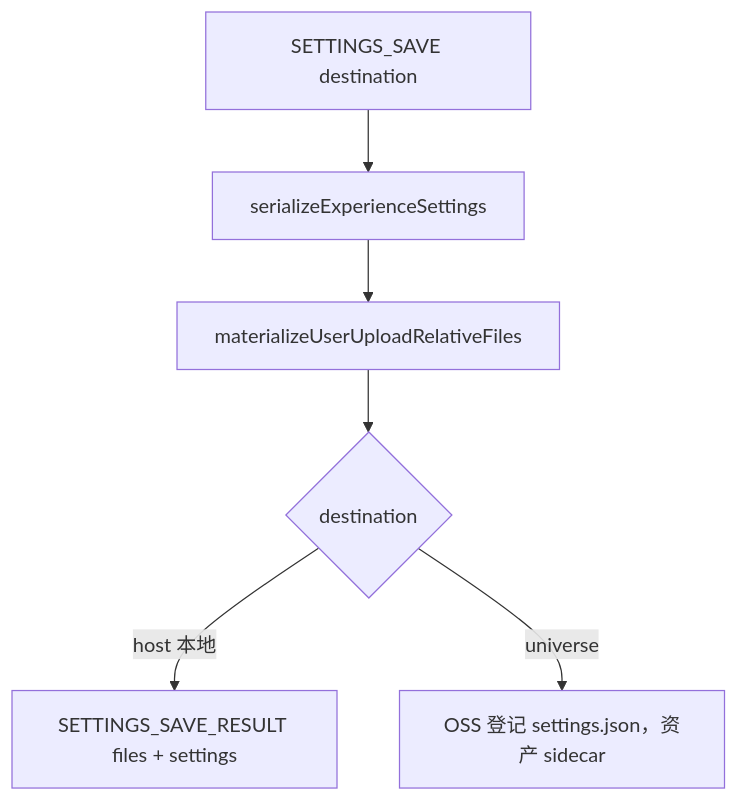
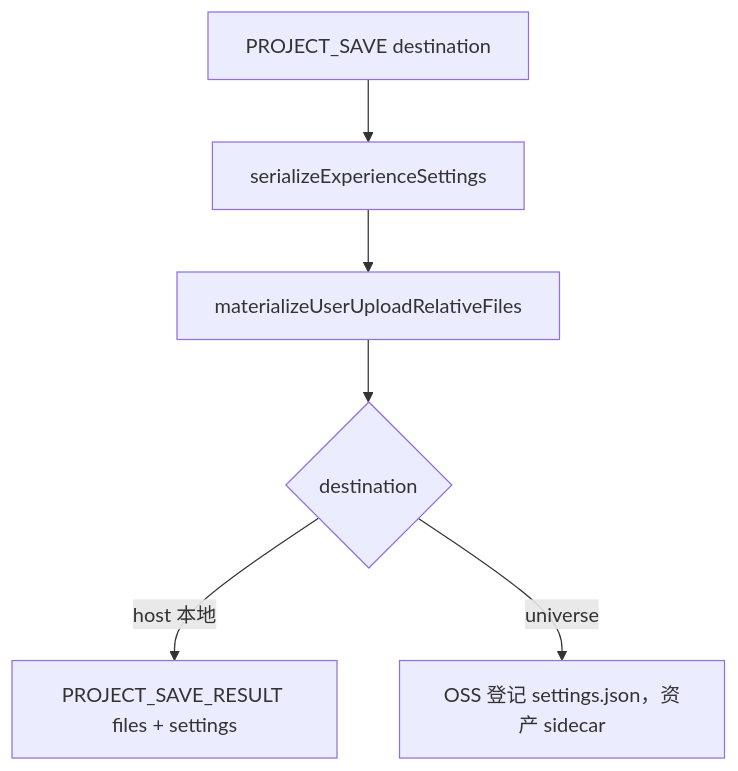
One commit to nancywan1004/supersplat-viewer changed the diagram in docs/项目保存管线说明.md. Above: the diagram before and after it, drawn with Mermaid. The commit also changed other lines of this file and 7 other files, not shown here.

First line of the commit message:
feat: 保存协议从 SETTINGS_* 改为 PROJECT_SAVE*

````diff
--- a/docs/项目保存管线说明.md
+++ b/docs/项目保存管线说明.md
@@ -18,10 +18,10 @@
 ```mermaid
 flowchart TD
-  save[SETTINGS_SAVE destination]
+  save[PROJECT_SAVE destination]
   ser[serializeExperienceSettings]
   rel[materializeUserUploadRelativeFiles]
   save --> ser --> rel
   rel --> dest{destination}
-  dest -->|host 本地| hostRet[SETTINGS_SAVE_RESULT files + settings]
+  dest -->|host 本地| hostRet[PROJECT_SAVE_RESULT files + settings]
   dest -->|universe| up[OSS 登记 settings.json，资产 sidecar]
 ```
````
